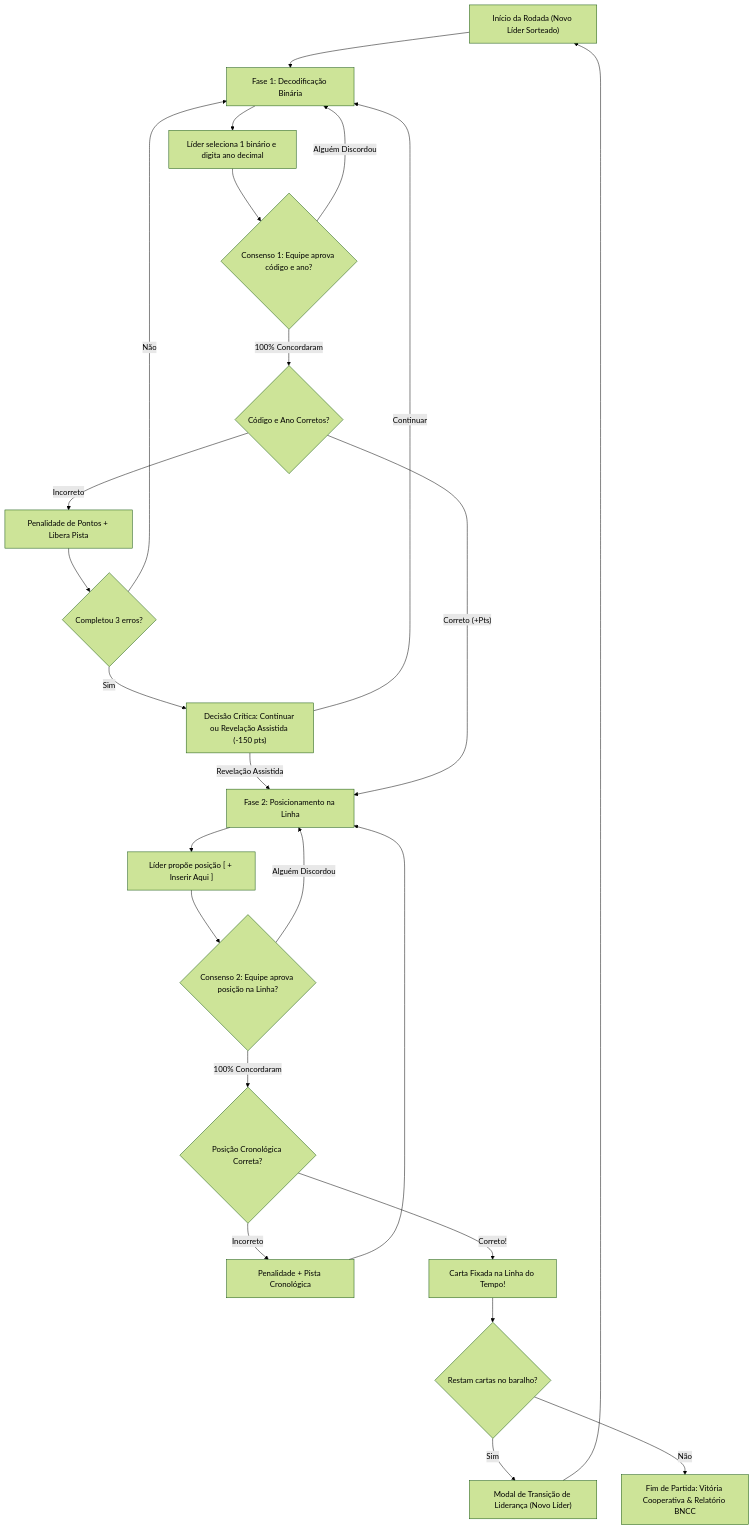
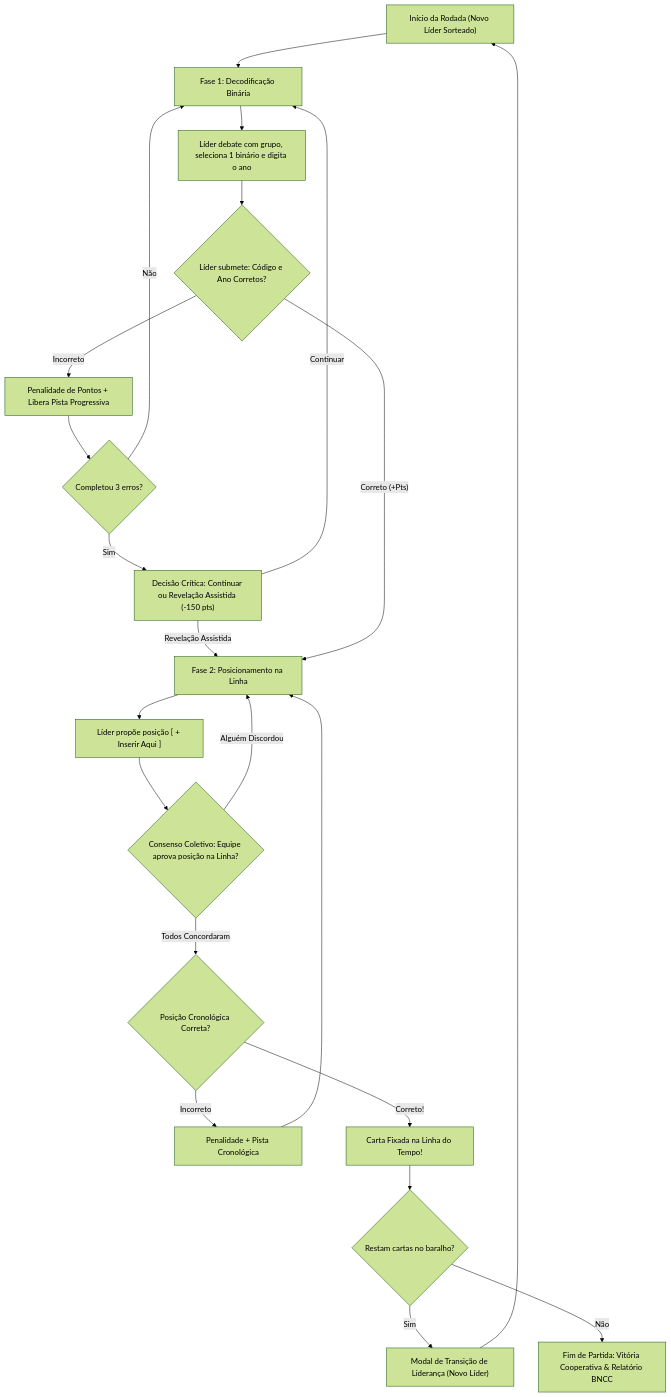
Before and after one commit to Pamelamorim1/HistoriaEmBits: the diagram in MANUAL_DE_REGRAS.md, drawn with Mermaid (forest theme). The commit also changed other lines of this file and 5 other files, not shown here.

````diff
--- a/MANUAL_DE_REGRAS.md
+++ b/MANUAL_DE_REGRAS.md
@@ -142,26 +115,24 @@
 ```mermaid
 flowchart TD
     A["Início da Rodada (Novo Líder Sorteado)"] --> B["Fase 1: Decodificação Binária"]
-    B --> C["Líder seleciona 1 binário e digita ano decimal"]
-    C --> D{"Consenso 1: Equipe aprova código e ano?"}
-    D -- "Alguém Discordou" --> B
-    D -- "100% Concordaram" --> E{"Código e Ano Corretos?"}
-    E -- "Incorreto" --> F["Penalidade de Pontos + Libera Pista"]
-    F --> G{"Completou 3 erros?"}
-    G -- "Não" --> B
-    G -- "Sim" --> H["Decisão Crítica: Continuar ou Revelação Assistida (-150 pts)"]
-    H -- "Continuar" --> B
-    H -- "Revelação Assistida" --> I["Fase 2: Posicionamento na Linha"]
-    E -- "Correto (+Pts)" --> I
-    I --> J["Líder propõe posição [ + Inserir Aqui ]"]
-    J --> K{"Consenso 2: Equipe aprova posição na Linha?"}
-    K -- "Alguém Discordou" --> I
-    K -- "100% Concordaram" --> L{"Posição Cronológica Correta?"}
-    L -- "Incorreto" --> M["Penalidade + Pista Cronológica"]
-    M --> I
-    L -- "Correto!" --> N["Carta Fixada na Linha do Tempo!"]
-    N --> O{"Restam cartas no baralho?"}
-    O -- "Sim" --> P["Modal de Transição de Liderança (Novo Líder)"]
-    P --> A
-    O -- "Não" --> Q["Fim de Partida: Vitória Cooperativa & Relatório BNCC"]
+    B --> C["Líder debate com grupo, seleciona 1 binário e digita o ano"]
+    C --> D{"Líder submete: Código e Ano Corretos?"}
+    D -- "Incorreto" --> E["Penalidade de Pontos + Libera Pista Progressiva"]
+    E --> F{"Completou 3 erros?"}
+    F -- "Não" --> B
+    F -- "Sim" --> G["Decisão Crítica: Continuar ou Revelação Assistida (-150 pts)"]
+    G -- "Continuar" --> B
+    G -- "Revelação Assistida" --> H["Fase 2: Posicionamento na Linha"]
+    D -- "Correto (+Pts)" --> H
+    H --> I["Líder propõe posição [ + Inserir Aqui ]"]
+    I --> J{"Consenso Coletivo: Equipe aprova posição na Linha?"}
+    J -- "Alguém Discordou" --> H
+    J -- "Todos Concordaram" --> K{"Posição Cronológica Correta?"}
+    K -- "Incorreto" --> L["Penalidade + Pista Cronológica"]
+    L --> H
+    K -- "Correto!" --> M["Carta Fixada na Linha do Tempo!"]
+    M --> N{"Restam cartas no baralho?"}
+    N -- "Sim" --> O["Modal de Transição de Liderança (Novo Líder)"]
+    O --> A
+    N -- "Não" --> P["Fim de Partida: Vitória Cooperativa & Relatório BNCC"]
 ```
````
